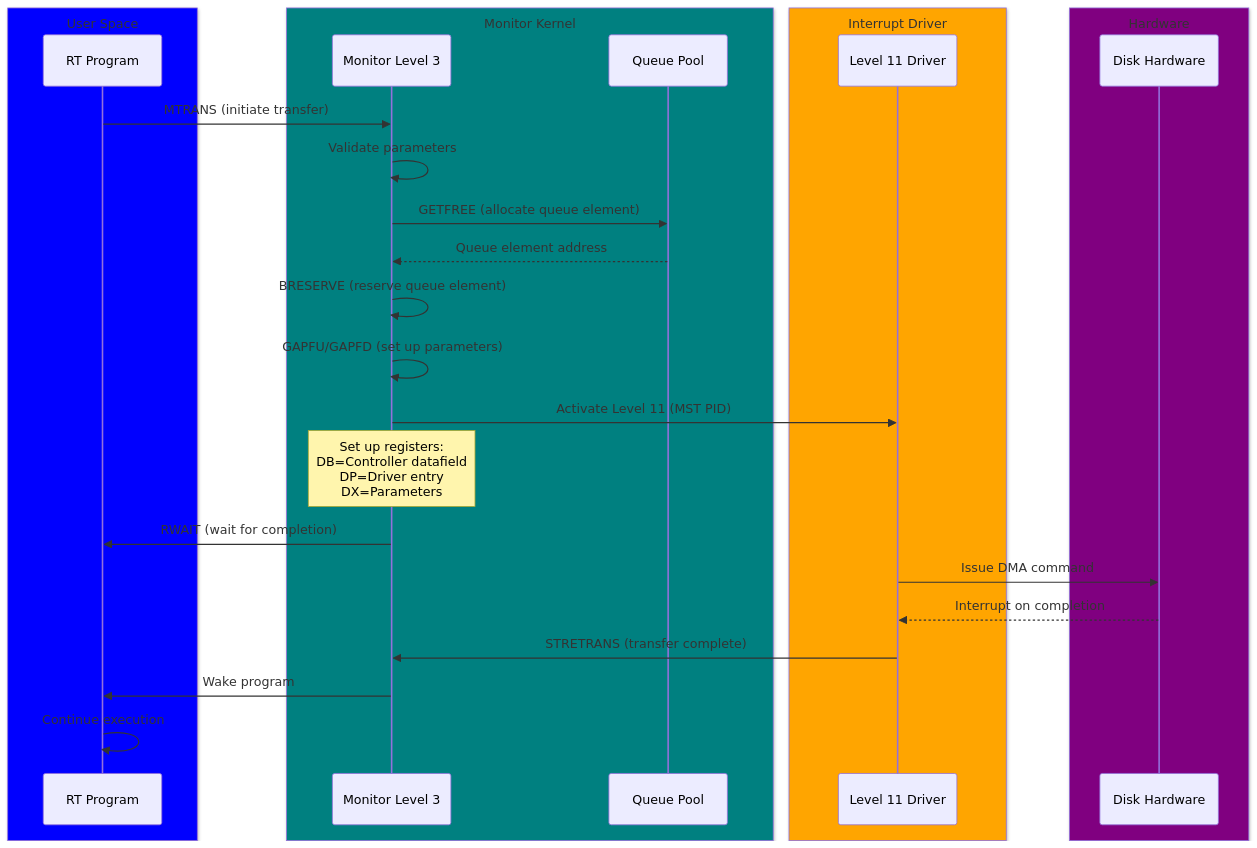
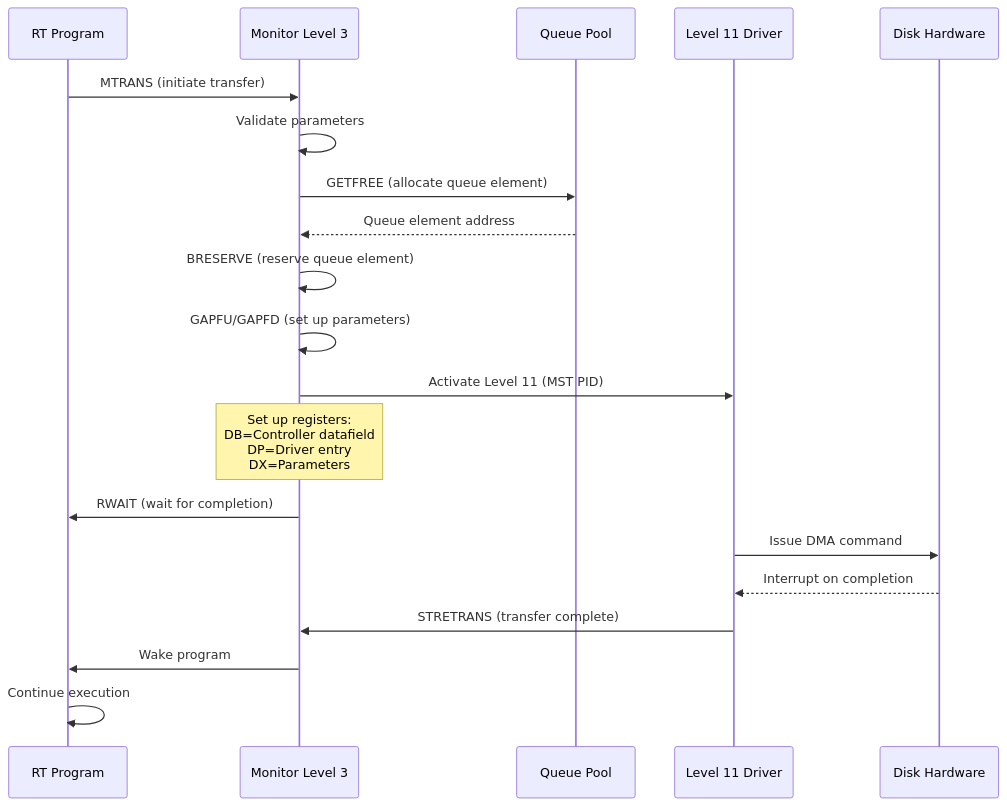
Before and after one commit to HackerCorpLabs/NDInsight: the diagram in SINTRAN/OS/15-DISK-IO-SUBSYSTEM.md, drawn with Mermaid. The commit also changed 3 other files, not shown here.

First line of the commit message:
docs: Remove colored box backgrounds from Mermaid sequence diagrams

````diff
--- a/SINTRAN/OS/15-DISK-IO-SUBSYSTEM.md
+++ b/SINTRAN/OS/15-DISK-IO-SUBSYSTEM.md
@@ -348,38 +348,24 @@
 ```mermaid
 sequenceDiagram
     participant Prog as RT Program
     participant Mon as Monitor Level 3
     participant Queue as Queue Pool
     participant L11 as Level 11 Driver
     participant HW as Disk Hardware
     
     Prog->>Mon: MTRANS (initiate transfer)
     Mon->>Mon: Validate parameters
     Mon->>Queue: GETFREE (allocate queue element)
     Queue-->>Mon: Queue element address
     Mon->>Mon: BRESERVE (reserve queue element)
     Mon->>Mon: GAPFU/GAPFD (set up parameters)
     Mon->>L11: Activate Level 11 (MST PID)
     Note over Mon: Set up registers:<br/>DB=Controller datafield<br/>DP=Driver entry<br/>DX=Parameters
     Mon->>Prog: RWAIT (wait for completion)
     
     L11->>HW: Issue DMA command
     HW-->>L11: Interrupt on completion
     L11->>Mon: STRETRANS (transfer complete)
     Mon->>Prog: Wake program
     Prog->>Prog: Continue execution
-    
-    box Blue User Space
-    participant Prog
-    end
-    box Teal Monitor Kernel
-    participant Mon
-    participant Queue
-    end
-    box Orange Interrupt Driver
-    participant L11
-    end
-    box Purple Hardware
-    participant HW
-    end
 ```
````
